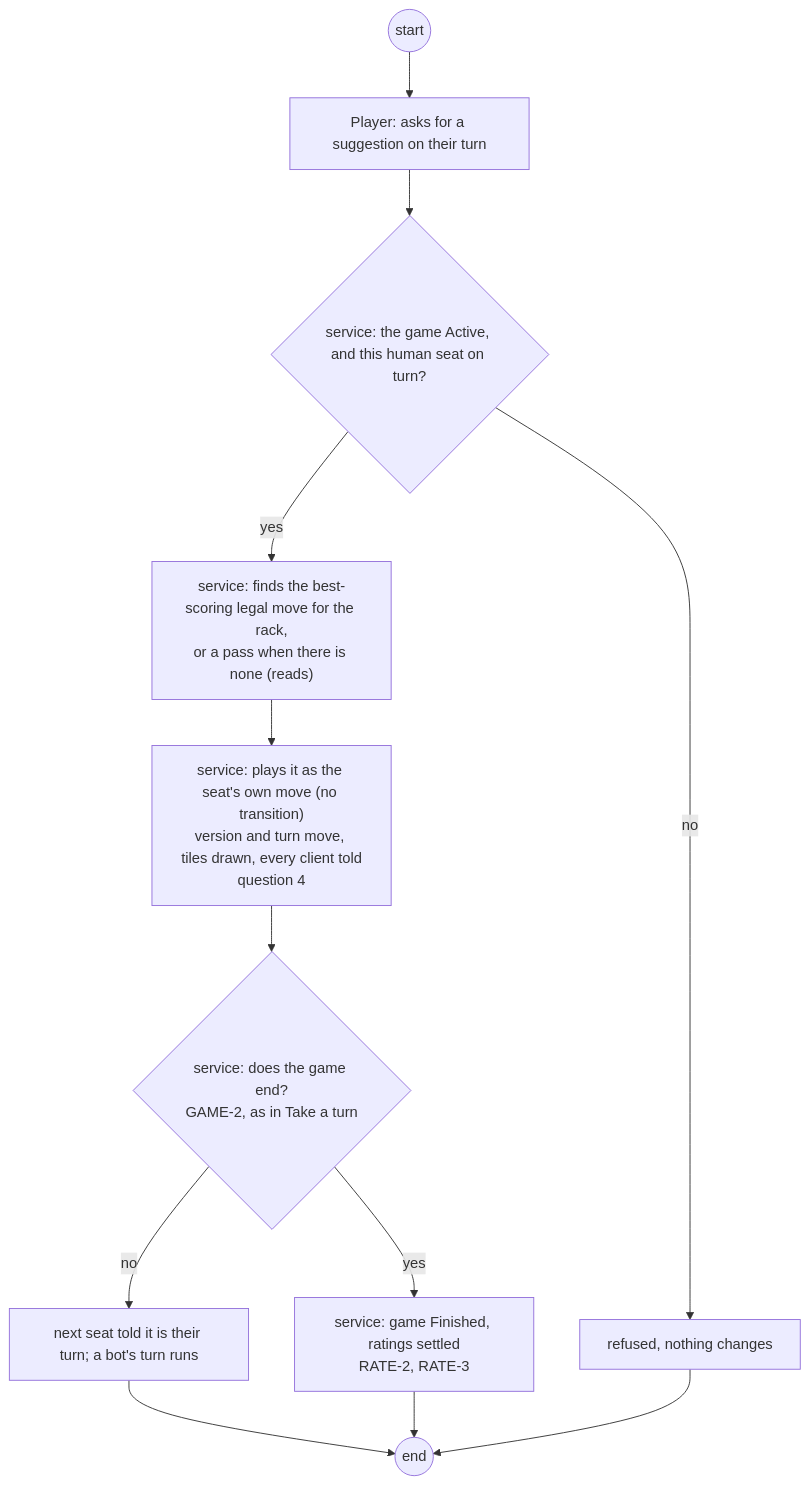
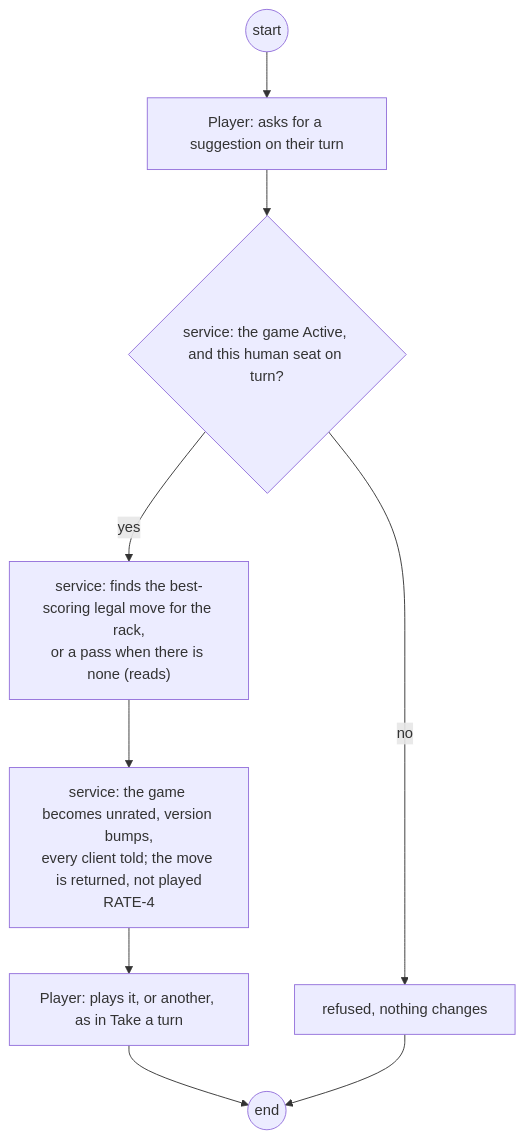
Before and after one commit to delphside/programme: diagram 11 of 20 in docs/changes/workstreams/application-game-architecture/71-one-game-model/71-functional.md, drawn with Mermaid. The commit also changed other lines of this file and 1 other file, not shown here.

Commit message:
app 0.9.2 api 2.16: RATE-4: a suggested move is shown, not played, and unrates the game
Owner, 2026-10-15, answering #71 question 4: the API only shows the
recommended move, asking for it makes the game unrated, and the UI may
then play it as a normal move. The journey and the games schema follow.

Refs #71

Claude-Session: https://claude.ai/code/session_013RrHRzWMEwTePZNqMB1VMr

````diff
--- a/docs/changes/workstreams/application-game-architecture/71-one-game-model/71-functional.md
+++ b/docs/changes/workstreams/application-game-architecture/71-one-game-model/71-functional.md
@@ -283,14 +283,11 @@
 ```mermaid
 flowchart TD
   s0((start)) --> p1["Player: asks for a suggestion on their turn"]
   p1 --> v1{"service: the game Active, and this human seat on turn?"}
   v1 -- no --> r1["refused, nothing changes"]
   v1 -- yes --> v2["service: finds the best-scoring legal move for the rack,<br/>or a pass when there is none (reads)"]
-  v2 --> t1["service: plays it as the seat's own move (no transition)<br/>version and turn move, tiles drawn, every client told<br/>question 4"]
-  t1 --> v3{"service: does the game end?<br/>GAME-2, as in Take a turn"}
-  v3 -- no --> p2["next seat told it is their turn; a bot's turn runs"]
-  v3 -- yes --> t2["service: game Finished, ratings settled<br/>RATE-2, RATE-3"]
+  v2 --> t1["service: the game becomes unrated, version bumps,<br/>every client told; the move is returned, not played<br/>RATE-4"]
+  t1 --> p2["Player: plays it, or another, as in Take a turn"]
   p2 --> e0((end))
-  t2 --> e0
   r1 --> e0
 ```
````
